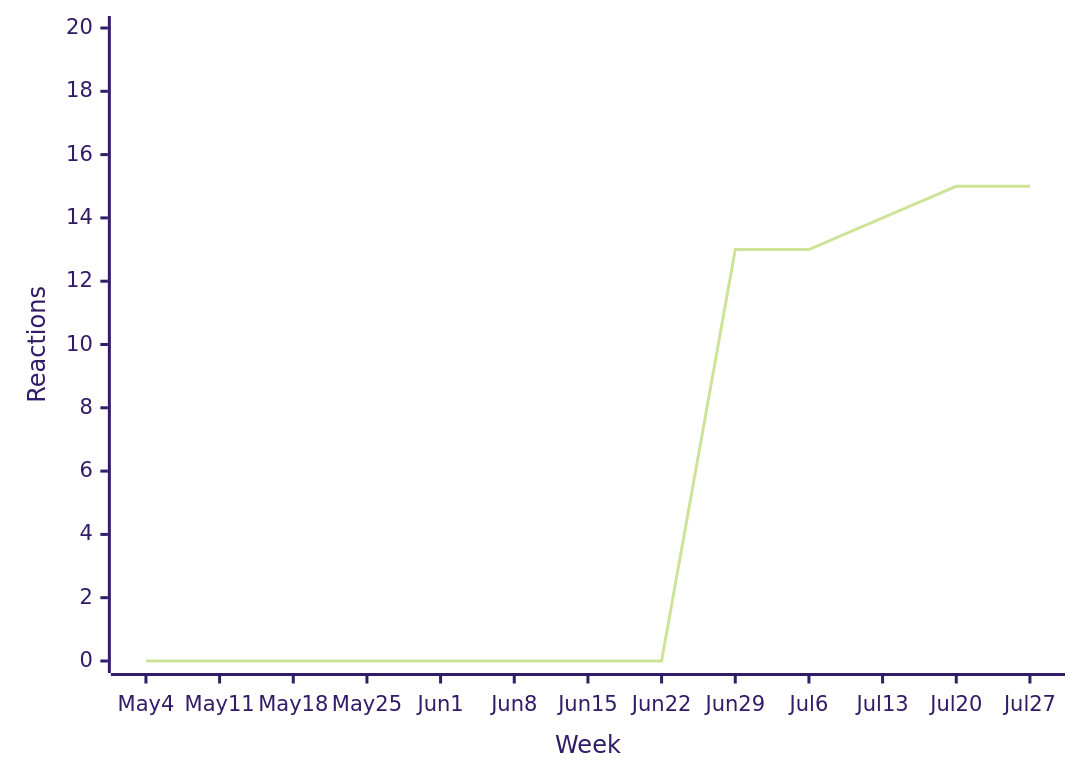
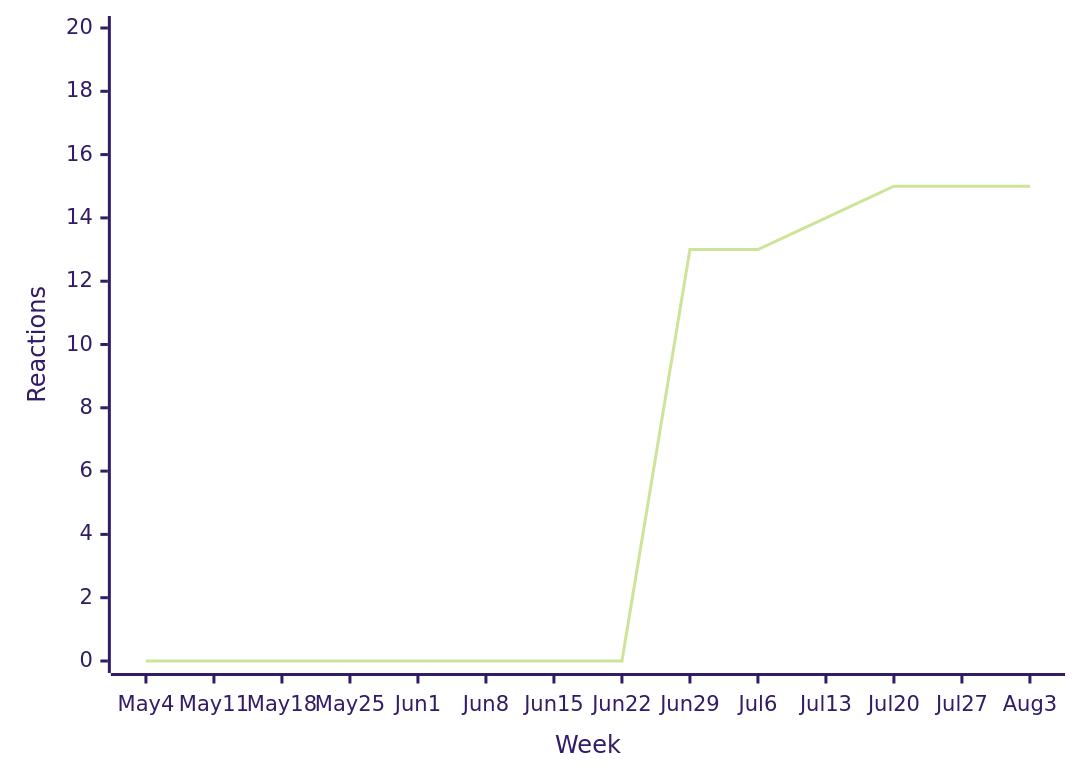
One commit to loic-sharma/github-insights changed diagram 12 of 44 in README.md. Above: the diagram before and after it, drawn with Mermaid (forest theme). The commit also changed other lines of this file and 3 other files, not shown here.

````diff
--- a/README.md
+++ b/README.md
@@ -526,6 +526,6 @@
   ```mermaid
   xychart-beta
-    x-axis "Week" [May 4, May 11, May 18, May 25, Jun 1, Jun 8, Jun 15, Jun 22, Jun 29, Jul 6, Jul 13, Jul 20, Jul 27]
+    x-axis "Week" [May 4, May 11, May 18, May 25, Jun 1, Jun 8, Jun 15, Jun 22, Jun 29, Jul 6, Jul 13, Jul 20, Jul 27, Aug 3]
     y-axis "Reactions" 0 --> 20
-    line [0, 0, 0, 0, 0, 0, 0, 0, 13, 13, 14, 15, 15]
+    line [0, 0, 0, 0, 0, 0, 0, 0, 13, 13, 14, 15, 15, 15]
   ```
````
